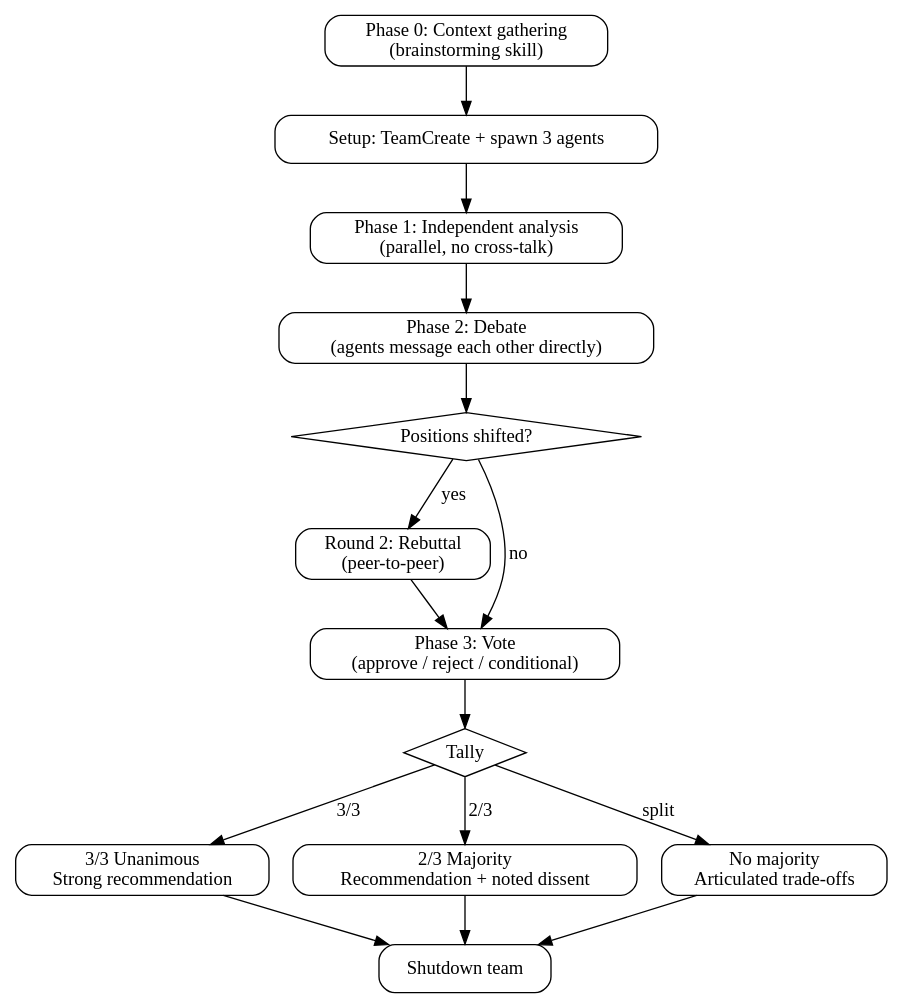
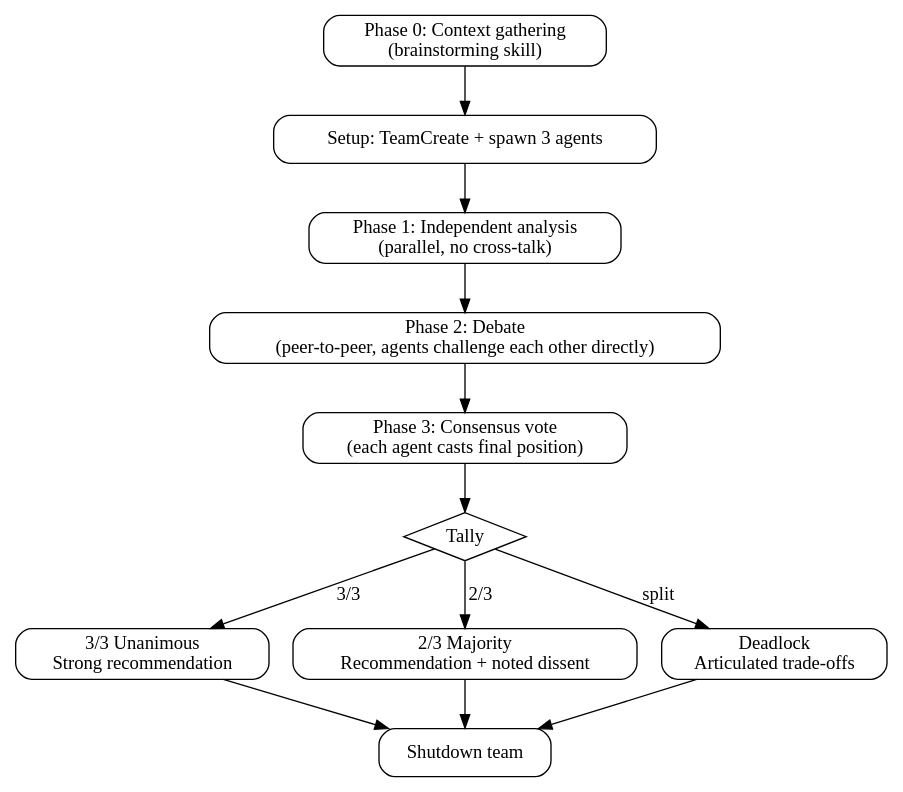
One commit to vinta/hal-9000 changed the diagram in skills/magi/SKILL.md. Above: the diagram before and after it, drawn with Graphviz. The commit also changed other lines of this file and 1 other file, not shown here.

First line of the commit message:
docs: clarify MAGI debate mechanics and voting protocol

````diff
--- a/skills/magi/SKILL.md
+++ b/skills/magi/SKILL.md
@@ -41,31 +41,25 @@
 ```dot
 digraph magi_flow {
     rankdir=TB;
     node [shape=box, style=rounded];
 
     gather [label="Phase 0: Context gathering\n(brainstorming skill)"];
     setup [label="Setup: TeamCreate + spawn 3 agents"];
     p1 [label="Phase 1: Independent analysis\n(parallel, no cross-talk)"];
-    p2 [label="Phase 2: Debate\n(agents message each other directly)"];
-    shifted [label="Positions shifted?" shape=diamond style=""];
-    p2r2 [label="Round 2: Rebuttal\n(peer-to-peer)"];
-    p3 [label="Phase 3: Vote\n(approve / reject / conditional)"];
+    p2 [label="Phase 2: Debate\n(peer-to-peer, agents challenge each other directly)"];
+    vote [label="Phase 3: Consensus vote\n(each agent casts final position)"];
     tally [label="Tally" shape=diamond style=""];
     unanimous [label="3/3 Unanimous\nStrong recommendation"];
     majority [label="2/3 Majority\nRecommendation + noted dissent"];
-    split [label="No majority\nArticulated trade-offs"];
+    deadlock [label="Deadlock\nArticulated trade-offs"];
     done [label="Shutdown team"];
 
-    gather -> setup -> p1 -> p2 -> shifted;
-    shifted -> p2r2 [label="yes"];
-    shifted -> p3 [label="no"];
-    p2r2 -> p3;
-    p3 -> tally;
+    gather -> setup -> p1 -> p2 -> vote -> tally;
     tally -> unanimous [label="3/3"];
     tally -> majority [label="2/3"];
-    tally -> split [label="split"];
+    tally -> deadlock [label="split"];
     unanimous -> done;
     majority -> done;
-    split -> done;
+    deadlock -> done;
 }
 ```
````
